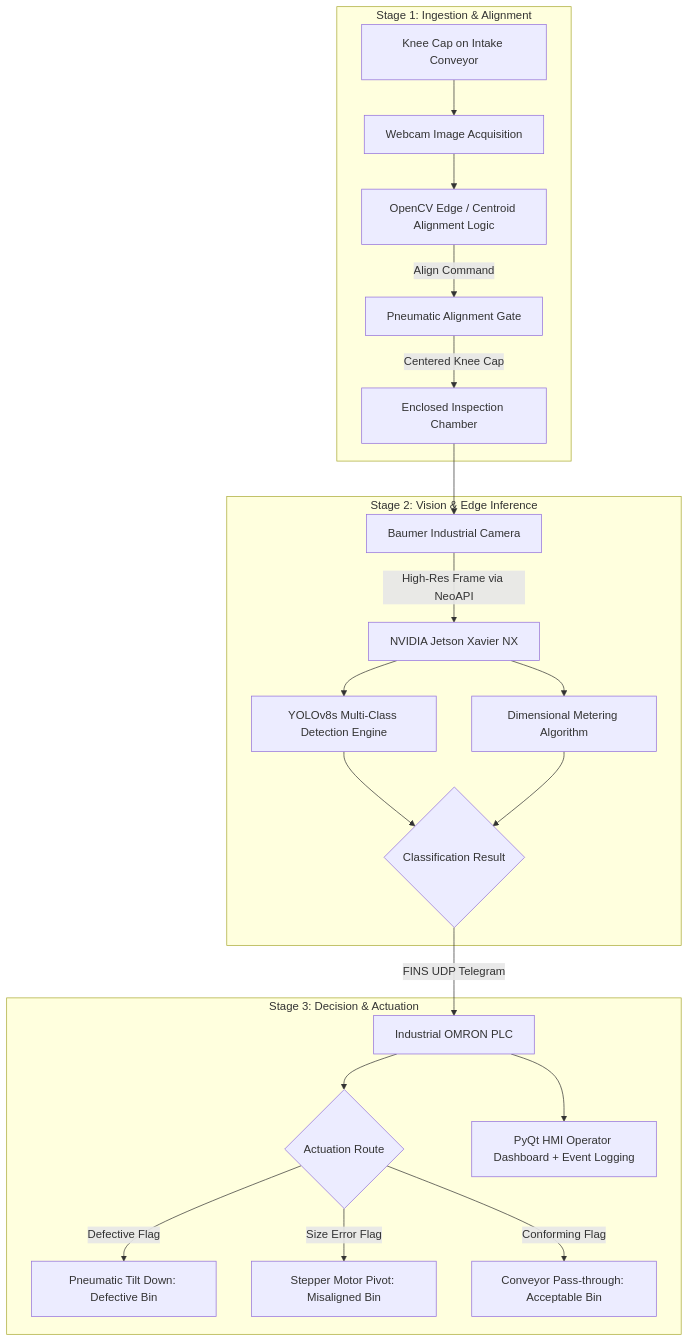
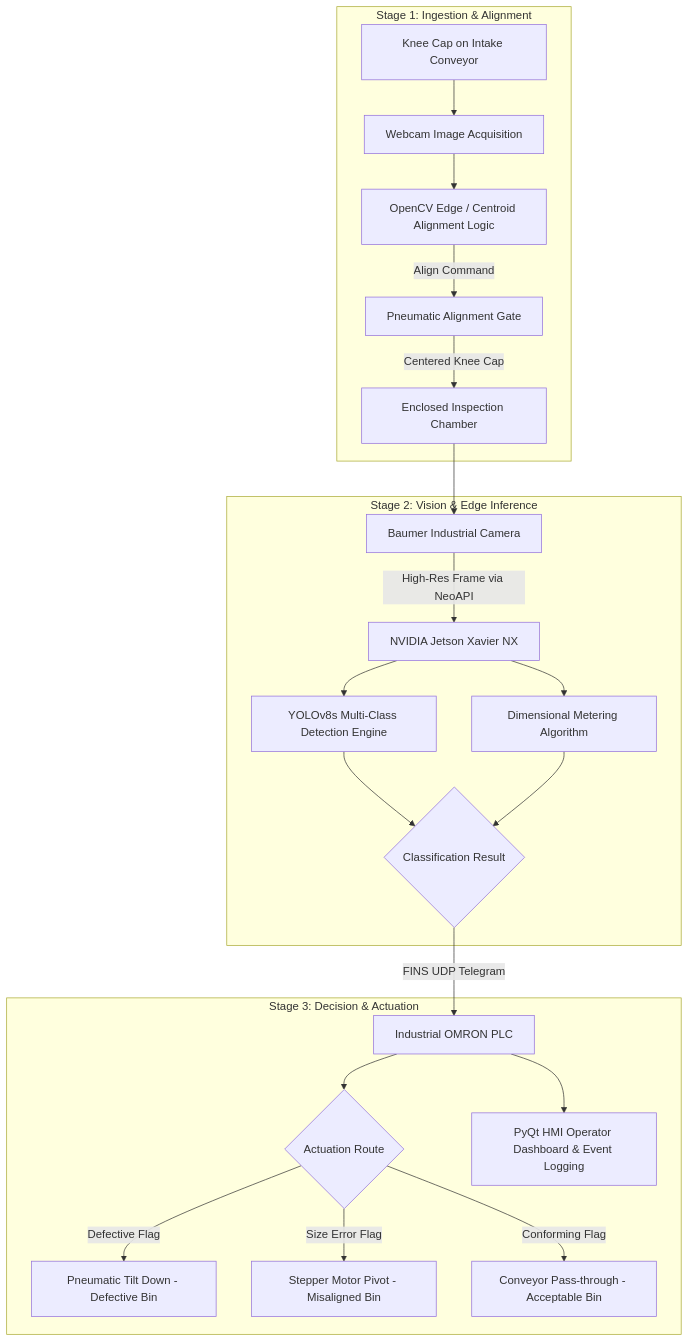
Before and after one commit to Priyansh-666/Design-Evaluation-of-an-Intelligent-Visual-Inspection-System-: the first of 6 diagrams in README.md, drawn with Mermaid. The commit also changed other lines of this file, not shown here.

````diff
--- a/README.md
+++ b/README.md
@@ -155,27 +155,27 @@
 ```mermaid
 flowchart TD
     subgraph STAGE_1["Stage 1: Ingestion & Alignment"]
         A[Knee Cap on Intake Conveyor] --> B[Webcam Image Acquisition]
         B --> C[OpenCV Edge / Centroid Alignment Logic]
         C -->|Align Command| D[Pneumatic Alignment Gate]
         D -->|Centered Knee Cap| E[Enclosed Inspection Chamber]
     end
 
     subgraph STAGE_2["Stage 2: Vision & Edge Inference"]
         E --> F[Baumer Industrial Camera]
         F -->|High-Res Frame via NeoAPI| G[NVIDIA Jetson Xavier NX]
         G --> H[YOLOv8s Multi-Class Detection Engine]
         G --> I[Dimensional Metering Algorithm]
         H --> J{Classification Result}
         I --> J
     end
 
     subgraph STAGE_3["Stage 3: Decision & Actuation"]
-        J -->|FINS UDP Telegram| K[Industrial OMRON PLC]
-        K --> L{Actuation Route}
-        L -->|Defective Flag| M[Pneumatic Tilt Down: Defective Bin]
-        L -->|Size Error Flag| N[Stepper Motor Pivot: Misaligned Bin]
-        L -->|Conforming Flag| O[Conveyor Pass-through: Acceptable Bin]
-        K --> P[PyQt HMI Operator Dashboard + Event Logging]
+        J -->|FINS UDP Telegram| K["Industrial OMRON PLC"]
+        K --> L{"Actuation Route"}
+        L -->|Defective Flag| M["Pneumatic Tilt Down - Defective Bin"]
+        L -->|Size Error Flag| N["Stepper Motor Pivot - Misaligned Bin"]
+        L -->|Conforming Flag| O["Conveyor Pass-through - Acceptable Bin"]
+        K --> P["PyQt HMI Operator Dashboard & Event Logging"]
     end
 ```
````
